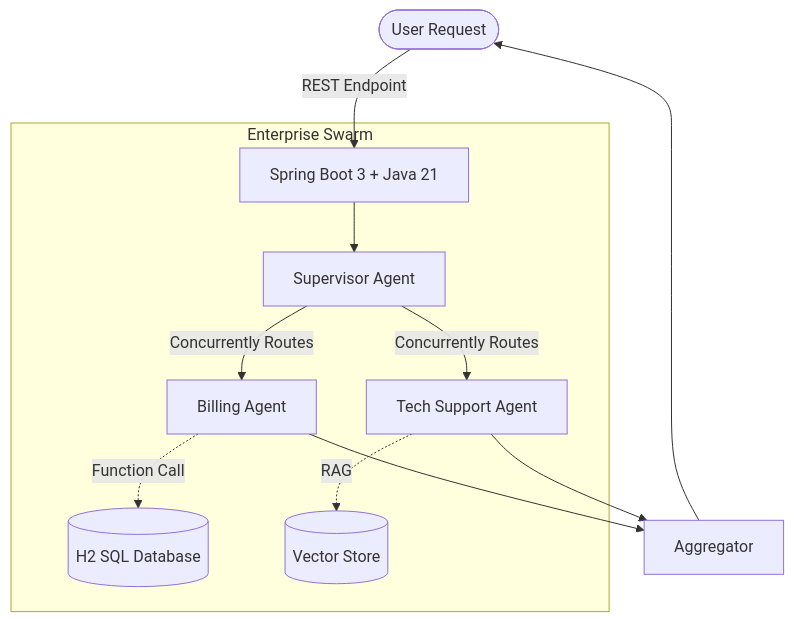
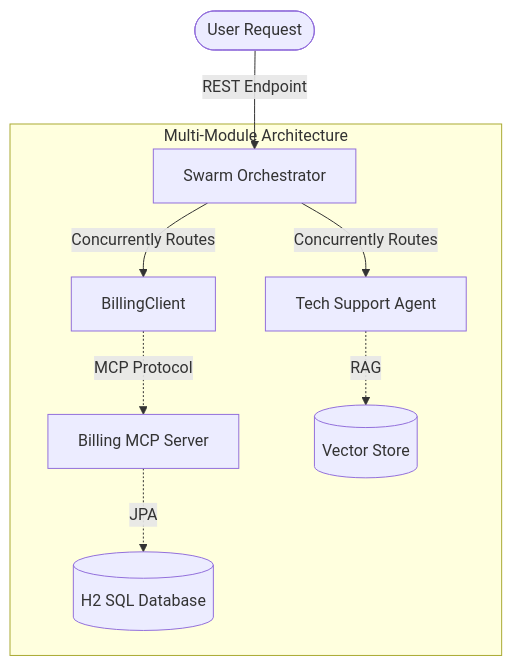
Before and after one commit to vikastiwari/enterprise-agent-swarm: the diagram in README.md, drawn with Mermaid. The commit also changed other lines of this file and 6 other files, not shown here.

Commit message:
docs: update documentation for multi-module and MCP

````diff
--- a/README.md
+++ b/README.md
@@ -28,21 +28,17 @@
 ```mermaid
 graph TD;
-    User([User Request]) -->|REST Endpoint| SpringBoot[Spring Boot 3 + Java 21]
+    User([User Request]) -->|REST Endpoint| SwarmOrchestrator[Swarm Orchestrator]
     
-    subgraph Enterprise Swarm
-        Supervisor[Supervisor Agent]
-        Billing[Billing Agent]
+    subgraph Multi-Module Architecture
+        SwarmOrchestrator
+        BillingMCPServer[Billing MCP Server]
         Support[Tech Support Agent]
         
-        SpringBoot --> Supervisor
-        Supervisor -- Concurrently Routes --> Billing
-        Supervisor -- Concurrently Routes --> Support
+        SwarmOrchestrator -- Concurrently Routes --> BillingClient
+        SwarmOrchestrator -- Concurrently Routes --> Support
         
-        Billing -.->|Function Call| DB[(H2 SQL Database)]
+        BillingClient -.->|MCP Protocol| BillingMCPServer
+        BillingMCPServer -.->|JPA| DB[(H2 SQL Database)]
         Support -.->|RAG| VectorDB[(Vector Store)]
     end
-    
-    Billing --> Aggregator[Aggregator]
-    Support --> Aggregator
-    Aggregator --> User
 ```
````
